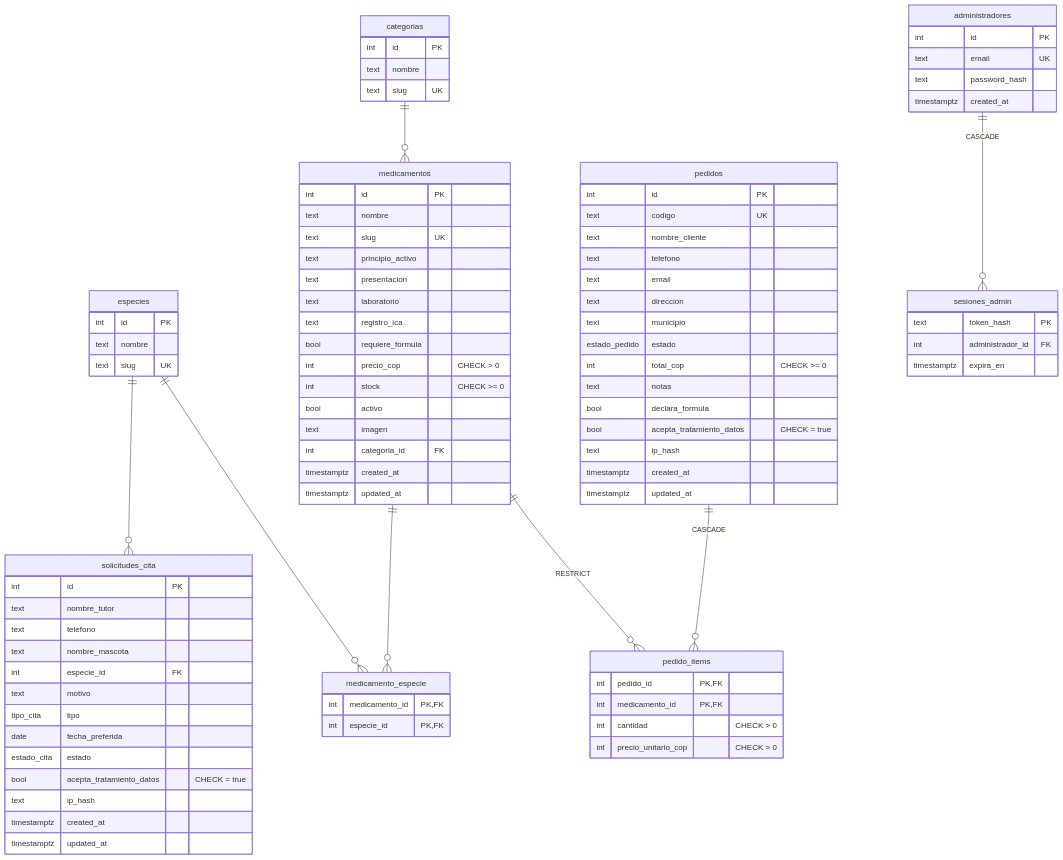
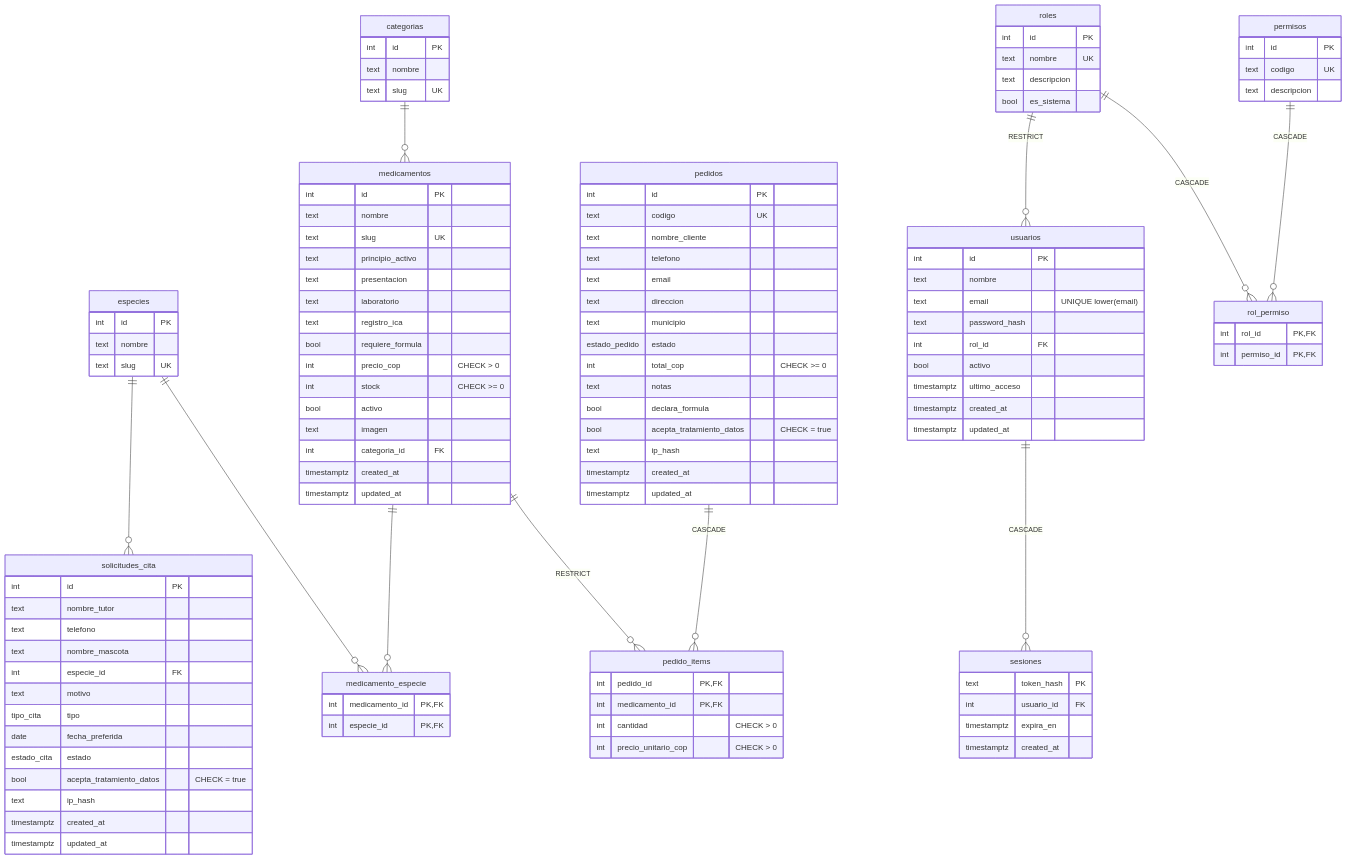
One commit to JonathanAfanador/landing_vitalis changed the diagram in docs/fase-1.md. Above: the diagram before and after it, drawn with Mermaid. The commit also changed other lines of this file and 42 other files, not shown here.

First line of the commit message:
docs: decisiones de la fase 1, Supabase y roles y permisos

````diff
--- a/docs/fase-1.md
+++ b/docs/fase-1.md
@@ -244,7 +258,10 @@
   medicamentos ||--o{ pedido_items : "RESTRICT"
   pedidos ||--o{ pedido_items : "CASCADE"
   especies ||--o{ solicitudes_cita : ""
-  administradores ||--o{ sesiones_admin : "CASCADE"
+  roles ||--o{ usuarios : "RESTRICT"
+  roles ||--o{ rol_permiso : "CASCADE"
+  permisos ||--o{ rol_permiso : "CASCADE"
+  usuarios ||--o{ sesiones : "CASCADE"
 
   especies {
     int id PK
@@ -315,15 +332,36 @@
     timestamptz created_at
     timestamptz updated_at
   }
-  administradores {
+  roles {
     int id PK
-    text email UK
+    text nombre UK
+    text descripcion
+    bool es_sistema
+  }
+  permisos {
+    int id PK
+    text codigo UK
+    text descripcion
+  }
+  rol_permiso {
+    int rol_id PK,FK
+    int permiso_id PK,FK
+  }
+  usuarios {
+    int id PK
+    text nombre
+    text email "UNIQUE lower(email)"
     text password_hash
+    int rol_id FK
+    bool activo
+    timestamptz ultimo_acceso
+    timestamptz created_at
+    timestamptz updated_at
+  }
+  sesiones {
+    text token_hash PK
+    int usuario_id FK
+    timestamptz expira_en
     timestamptz created_at
   }
-  sesiones_admin {
-    text token_hash PK
-    int administrador_id FK
-    timestamptz expira_en
-  }
 ```
````
